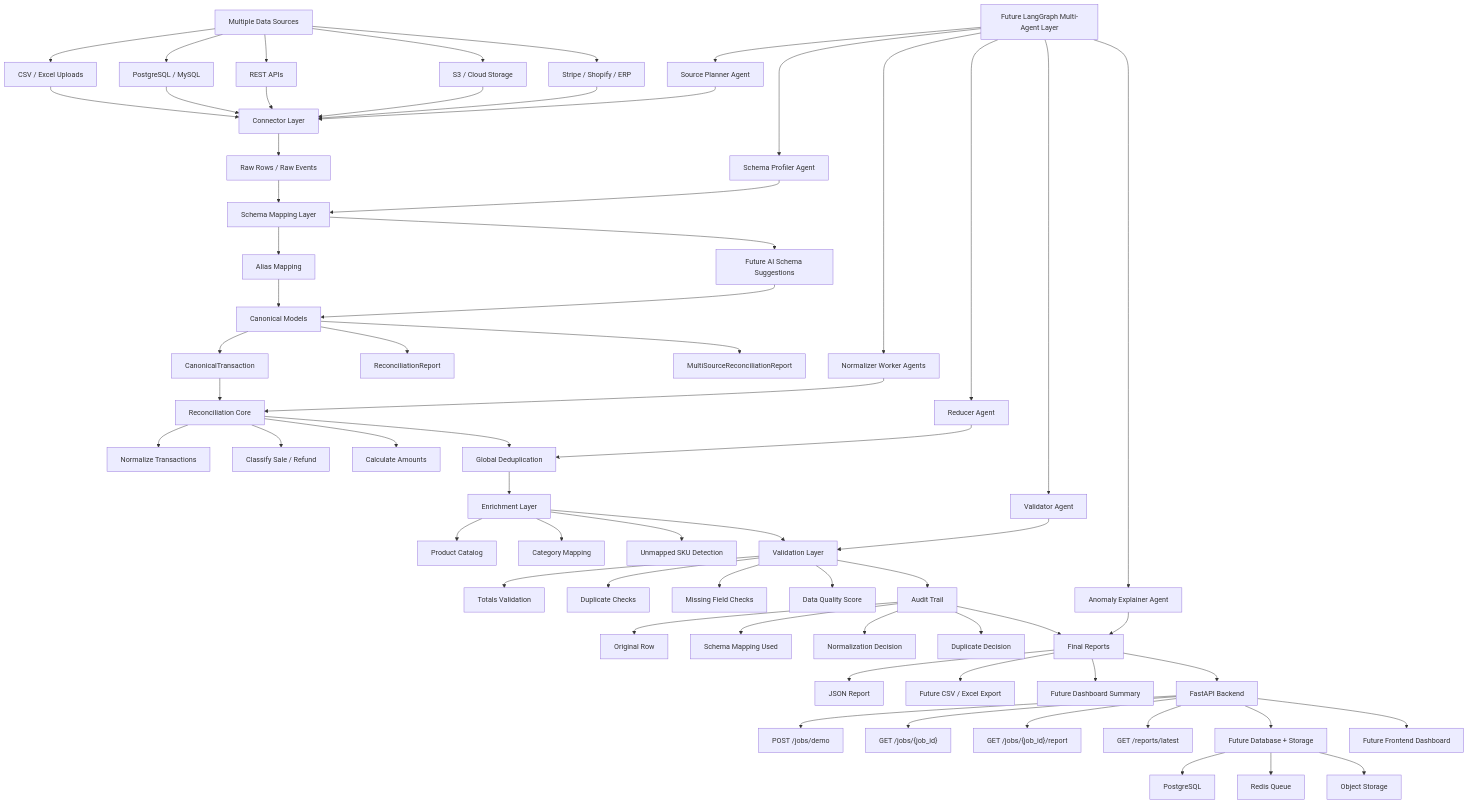
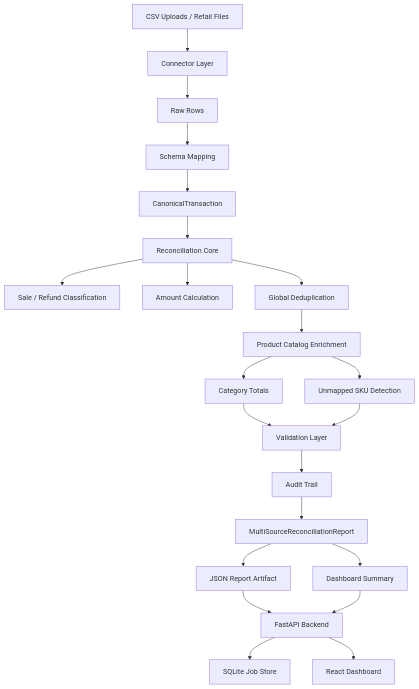
The diagram in README.md (parasiitism/retail-reconciliation-swarmbench), drawn with Mermaid before and after one commit. The commit also changed other lines of this file and 13 other files, not shown here.

Commit message:
Add reconciliation dashboard frontend

````diff
--- a/README.md
+++ b/README.md
@@ -40,82 +49,24 @@
 ```mermaid
 flowchart TD
-    A["Multiple Data Sources"] --> A1["CSV / Excel Uploads"]
-    A --> A2["PostgreSQL / MySQL"]
-    A --> A3["REST APIs"]
-    A --> A4["S3 / Cloud Storage"]
-    A --> A5["Stripe / Shopify / ERP"]
-
-    A1 --> B["Connector Layer"]
-    A2 --> B
-    A3 --> B
-    A4 --> B
-    A5 --> B
-
-    B --> C["Raw Rows / Raw Events"]
-
-    C --> D["Schema Mapping Layer"]
-    D --> D1["Alias Mapping"]
-    D --> D2["Future AI Schema Suggestions"]
-
-    D1 --> E["Canonical Models"]
-    D2 --> E
-
-    E --> E1["CanonicalTransaction"]
-    E --> E2["ReconciliationReport"]
-    E --> E3["MultiSourceReconciliationReport"]
-
-    E1 --> F["Reconciliation Core"]
-    F --> F1["Normalize Transactions"]
-    F --> F2["Classify Sale / Refund"]
-    F --> F3["Calculate Amounts"]
-    F --> F4["Global Deduplication"]
-
-    F4 --> G["Enrichment Layer"]
-    G --> G1["Product Catalog"]
-    G --> G2["Category Mapping"]
-    G --> G3["Unmapped SKU Detection"]
-
-    G --> H["Validation Layer"]
-    H --> H1["Totals Validation"]
-    H --> H2["Duplicate Checks"]
-    H --> H3["Missing Field Checks"]
-    H --> H4["Data Quality Score"]
-
-    H --> I["Audit Trail"]
-    I --> I1["Original Row"]
-    I --> I2["Schema Mapping Used"]
-    I --> I3["Normalization Decision"]
-    I --> I4["Duplicate Decision"]
-
-    I --> J["Final Reports"]
-    J --> J1["JSON Report"]
-    J --> J2["Future CSV / Excel Export"]
-    J --> J3["Future Dashboard Summary"]
-
-    J --> K["FastAPI Backend"]
-    K --> K1["POST /jobs/demo"]
-    K --> K2["GET /jobs/{job_id}"]
-    K --> K3["GET /jobs/{job_id}/report"]
-    K --> K4["GET /reports/latest"]
-
-    K --> L["Future Database + Storage"]
-    L --> L1["PostgreSQL"]
-    L --> L2["Redis Queue"]
-    L --> L3["Object Storage"]
-
-    K --> M["Future Frontend Dashboard"]
-
-    N["Future LangGraph Multi-Agent Layer"] --> N1["Source Planner Agent"]
-    N --> N2["Schema Profiler Agent"]
-    N --> N3["Normalizer Worker Agents"]
-    N --> N4["Reducer Agent"]
-    N --> N5["Validator Agent"]
-    N --> N6["Anomaly Explainer Agent"]
-
-    N1 --> B
-    N2 --> D
-    N3 --> F
-    N4 --> F4
-    N5 --> H
-    N6 --> J
+    A["CSV Uploads / Retail Files"] --> B["Connector Layer"]
+    B --> C["Raw Rows"]
+    C --> D["Schema Mapping"]
+    D --> E["CanonicalTransaction"]
+    E --> F["Reconciliation Core"]
+    F --> F1["Sale / Refund Classification"]
+    F --> F2["Amount Calculation"]
+    F --> F3["Global Deduplication"]
+    F3 --> G["Product Catalog Enrichment"]
+    G --> H["Category Totals"]
+    G --> I["Unmapped SKU Detection"]
+    H --> J["Validation Layer"]
+    I --> J
+    J --> K["Audit Trail"]
+    K --> L["MultiSourceReconciliationReport"]
+    L --> M["JSON Report Artifact"]
+    L --> N["Dashboard Summary"]
+    M --> O["FastAPI Backend"]
+    N --> O
+    O --> P["SQLite Job Store"]
+    O --> Q["React Dashboard"]
 ```
````
